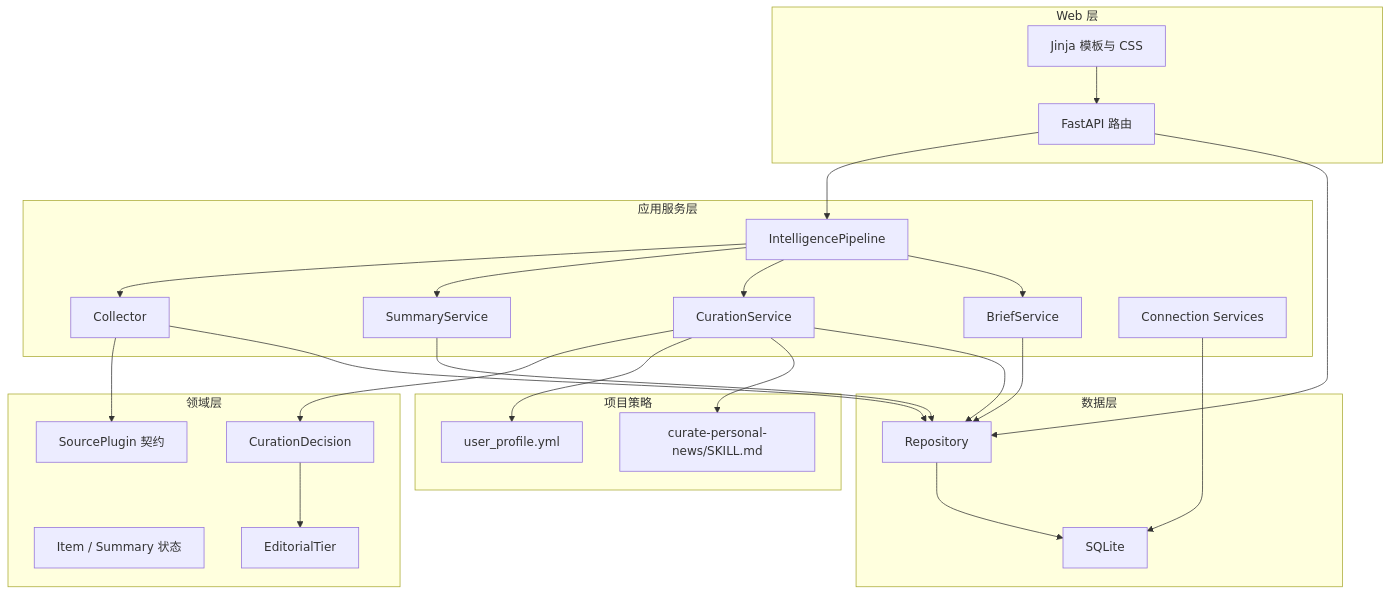
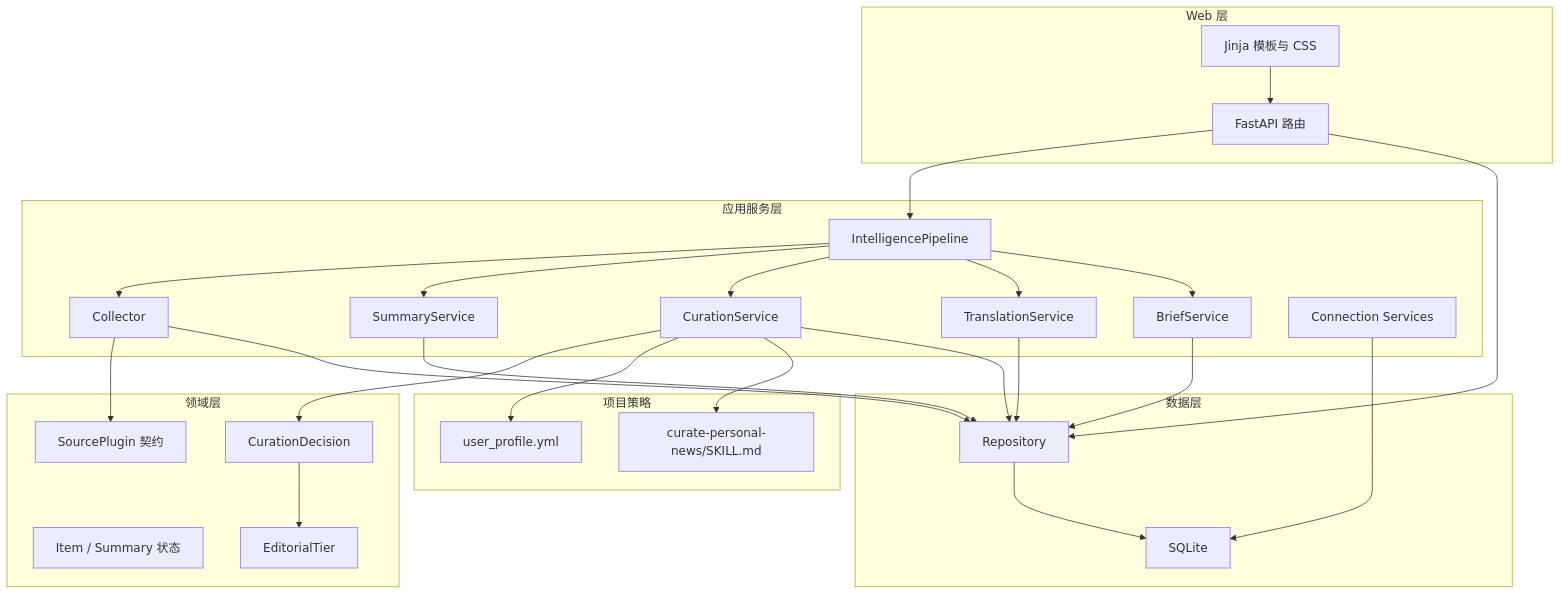
Before and after one commit to angelOnly/NewsRssHub: the second of 6 diagrams in docs/PRODUCT_REQUIREMENTS_AND_ARCHITECTURE.md, drawn with Mermaid. The commit also changed other lines of this file and 15 other files, not shown here.

````diff
--- a/docs/PRODUCT_REQUIREMENTS_AND_ARCHITECTURE.md
+++ b/docs/PRODUCT_REQUIREMENTS_AND_ARCHITECTURE.md
@@ -559,52 +573,55 @@
 ```mermaid
 flowchart TB
     subgraph UI["Web 层"]
         WEB["FastAPI 路由"]
         TPL["Jinja 模板与 CSS"]
     end
 
     subgraph APP["应用服务层"]
         PIPE["IntelligencePipeline"]
         COL["Collector"]
         SUM["SummaryService"]
         CUR["CurationService"]
+        TRANS["TranslationService"]
         BRIEF["BriefService"]
         CONN["Connection Services"]
     end
 
     subgraph DOMAIN["领域层"]
         SOURCE["SourcePlugin 契约"]
         ITEM["Item / Summary 状态"]
         DECISION["CurationDecision"]
         TIER["EditorialTier"]
     end
 
     subgraph POLICY["项目策略"]
         PROFILE["user_profile.yml"]
         SKILL["curate-personal-news/SKILL.md"]
     end
 
     subgraph DATA["数据层"]
         REPO["Repository"]
         DB["SQLite"]
     end
 
     WEB --> PIPE
     PIPE --> COL
     PIPE --> SUM
     PIPE --> CUR
+    PIPE --> TRANS
     PIPE --> BRIEF
     COL --> SOURCE
     CUR --> DECISION
     DECISION --> TIER
     CUR --> PROFILE
     CUR --> SKILL
     COL --> REPO
     SUM --> REPO
     CUR --> REPO
+    TRANS --> REPO
     BRIEF --> REPO
     WEB --> REPO
     REPO --> DB
     CONN --> DB
     TPL --> WEB
 ```
````
